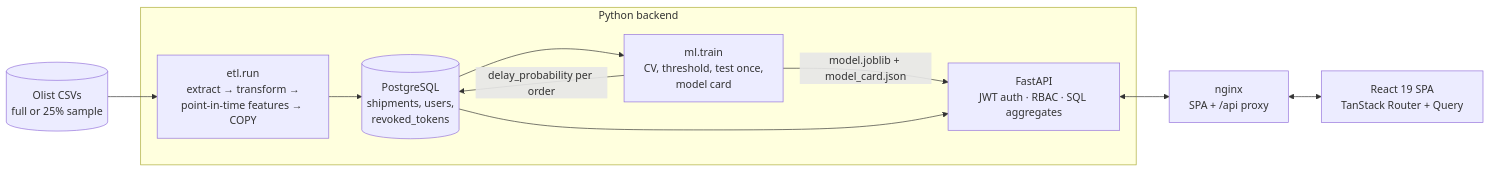
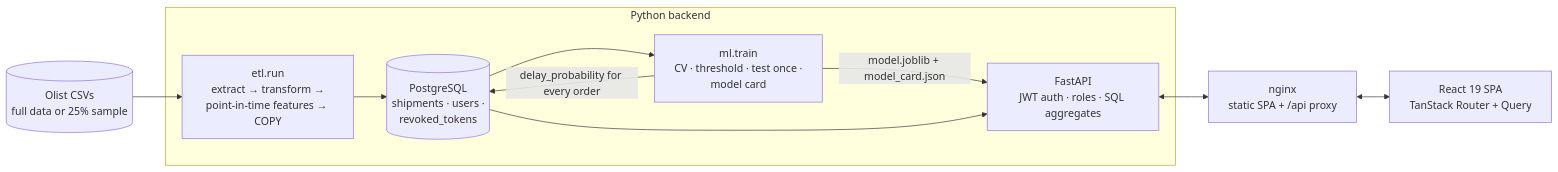
Before and after one commit to sinahosseinzadeh97/LogiTrack: the diagram in README.md, drawn with Mermaid. The commit also changed other lines of this file and 1 other file, not shown here.

````diff
--- a/README.md
+++ b/README.md
@@ -94,12 +234,12 @@
 ```mermaid
 flowchart LR
-    CSV[(Olist CSVs<br/>full or 25% sample)] --> ETL
+    CSV[(Olist CSVs<br/>full data or 25% sample)] --> ETL
     subgraph backend [Python backend]
-        ETL[etl.run<br/>extract → transform →<br/>point-in-time features → COPY] --> PG[(PostgreSQL<br/>shipments, users,<br/>revoked_tokens)]
-        PG --> TRAIN[ml.train<br/>CV, threshold, test once,<br/>model card]
+        ETL[etl.run<br/>extract → transform →<br/>point-in-time features → COPY] --> PG[(PostgreSQL<br/>shipments · users ·<br/>revoked_tokens)]
+        PG --> TRAIN[ml.train<br/>CV · threshold · test once ·<br/>model card]
         TRAIN -->|model.joblib + model_card.json| API
-        TRAIN -->|delay_probability per order| PG
-        PG --> API[FastAPI<br/>JWT auth · RBAC · SQL aggregates]
+        TRAIN -->|delay_probability for every order| PG
+        PG --> API[FastAPI<br/>JWT auth · roles · SQL aggregates]
     end
-    API <--> NGINX[nginx<br/>SPA + /api proxy] <--> UI[React 19 SPA<br/>TanStack Router + Query]
+    API <--> NGINX[nginx<br/>static SPA + /api proxy] <--> UI[React 19 SPA<br/>TanStack Router + Query]
 ```
````
